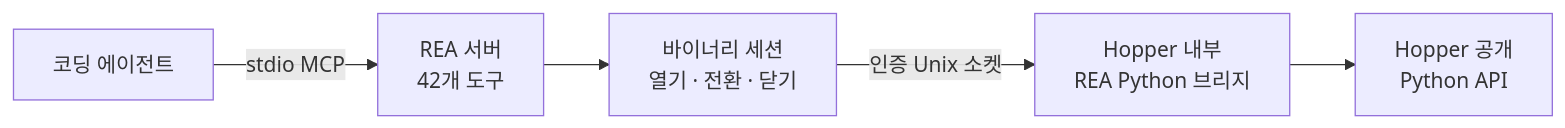
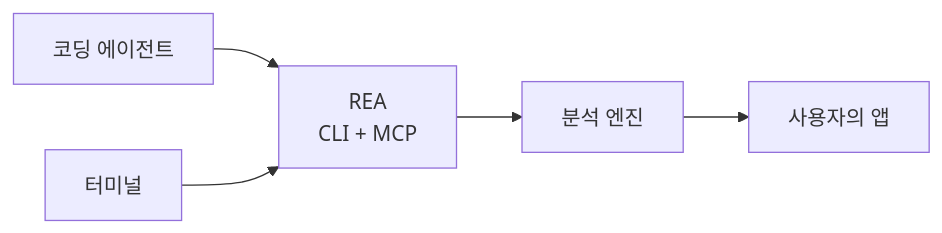
The diagram in README_ko.md (bryankwandou/rea), drawn with Mermaid before and after one commit. The commit also changed other lines of this file and 15 other files, not shown here.

Commit message:
Simplify REA onboarding and app targeting

````diff
--- a/README_ko.md
+++ b/README_ko.md
@@ -144,7 +163,7 @@
 ```mermaid
 flowchart LR
-    Agent["코딩 에이전트"] -->|stdio MCP| REA["REA 서버<br/>42개 도구"]
-    REA --> Session["바이너리 세션<br/>열기 · 전환 · 닫기"]
-    Session -->|인증 Unix 소켓| Bridge["Hopper 내부<br/>REA Python 브리지"]
-    Bridge --> API["Hopper 공개<br/>Python API"]
+    Agent["코딩 에이전트"] --> REA["REA<br/>CLI + MCP"]
+    Terminal["터미널"] --> REA
+    REA --> Hopper["분석 엔진"]
+    Hopper --> App["사용자의 앱"]
 ```
````
